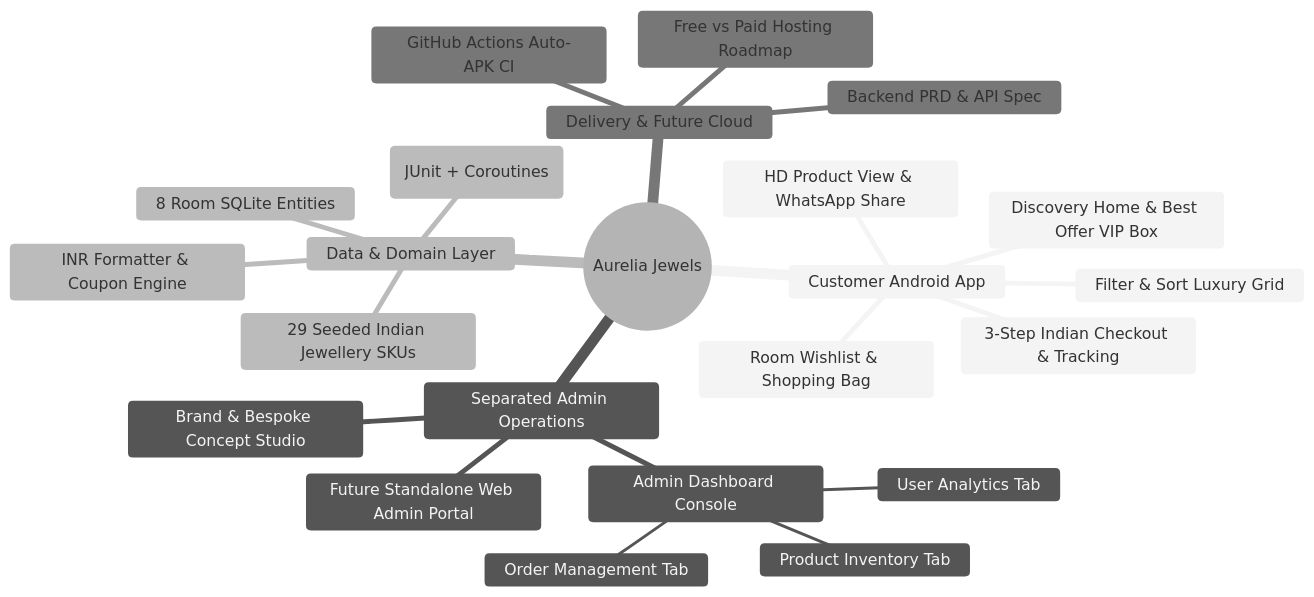
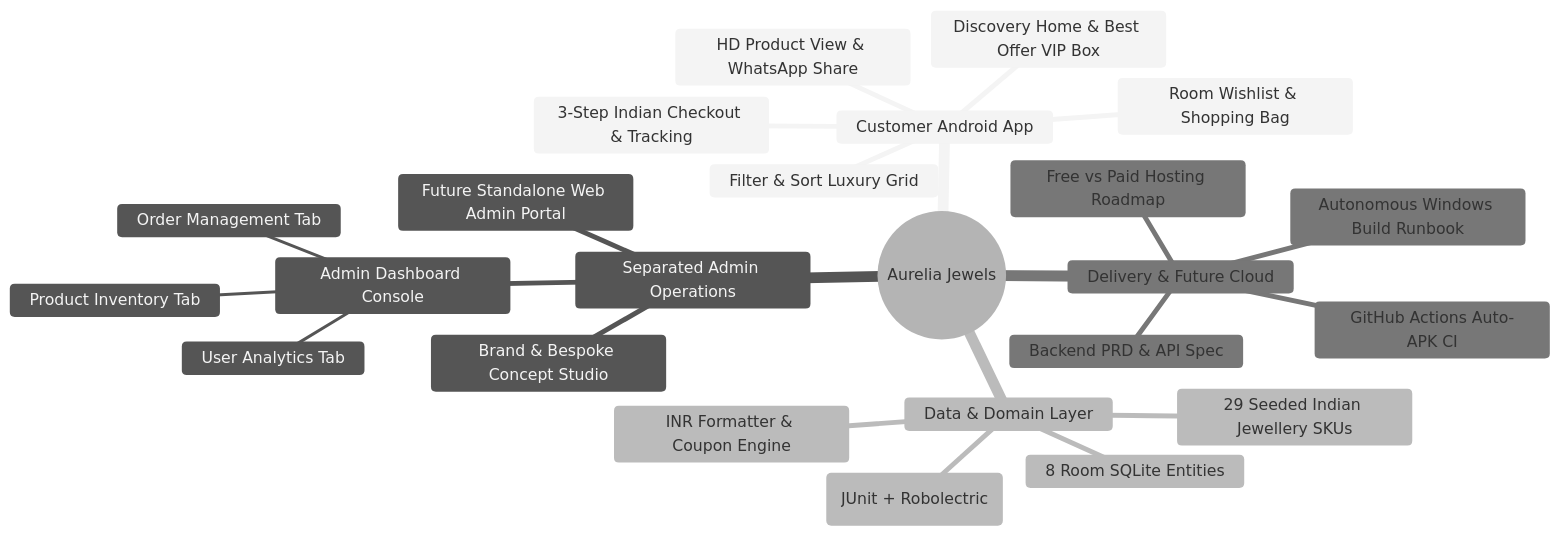
Before and after one commit to weartome/Aurelia-Jewels-modern-app-ui: the fourth of 5 diagrams in README.md, drawn with Mermaid (neutral theme). The commit also changed other lines of this file and 10 other files, not shown here.

````diff
--- a/README.md
+++ b/README.md
@@ -255,26 +248,27 @@
 ```mermaid
 mindmap
   root((Aurelia Jewels))
     Customer Android App
       Discovery Home & Best Offer VIP Box
       Filter & Sort Luxury Grid
       HD Product View & WhatsApp Share
       Room Wishlist & Shopping Bag
       3-Step Indian Checkout & Tracking
     Separated Admin Operations
       Admin Dashboard Console
         Order Management Tab
         Product Inventory Tab
         User Analytics Tab
       Brand & Bespoke Concept Studio
       Future Standalone Web Admin Portal
     Data & Domain Layer
       8 Room SQLite Entities
       29 Seeded Indian Jewellery SKUs
       INR Formatter & Coupon Engine
-      Unit Tests (JUnit + Coroutines)
+      Unit Tests (JUnit + Robolectric)
     Delivery & Future Cloud
       GitHub Actions Auto-APK CI
+      Autonomous Windows Build Runbook
       Backend PRD & API Spec
       Free vs Paid Hosting Roadmap
 ```
````
